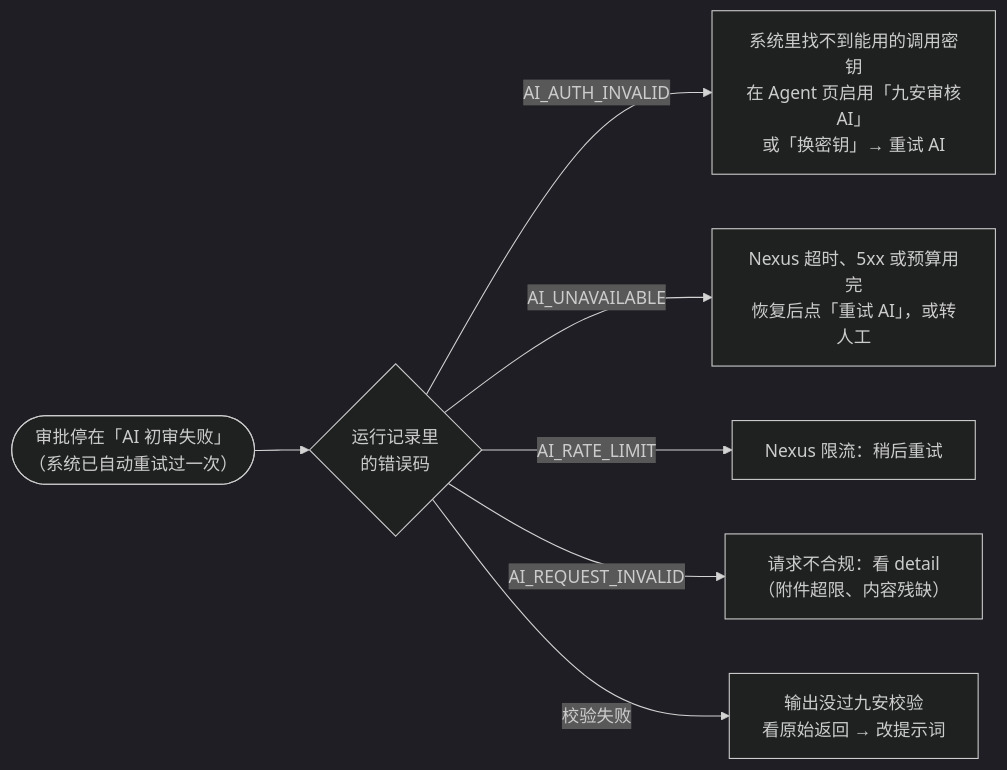
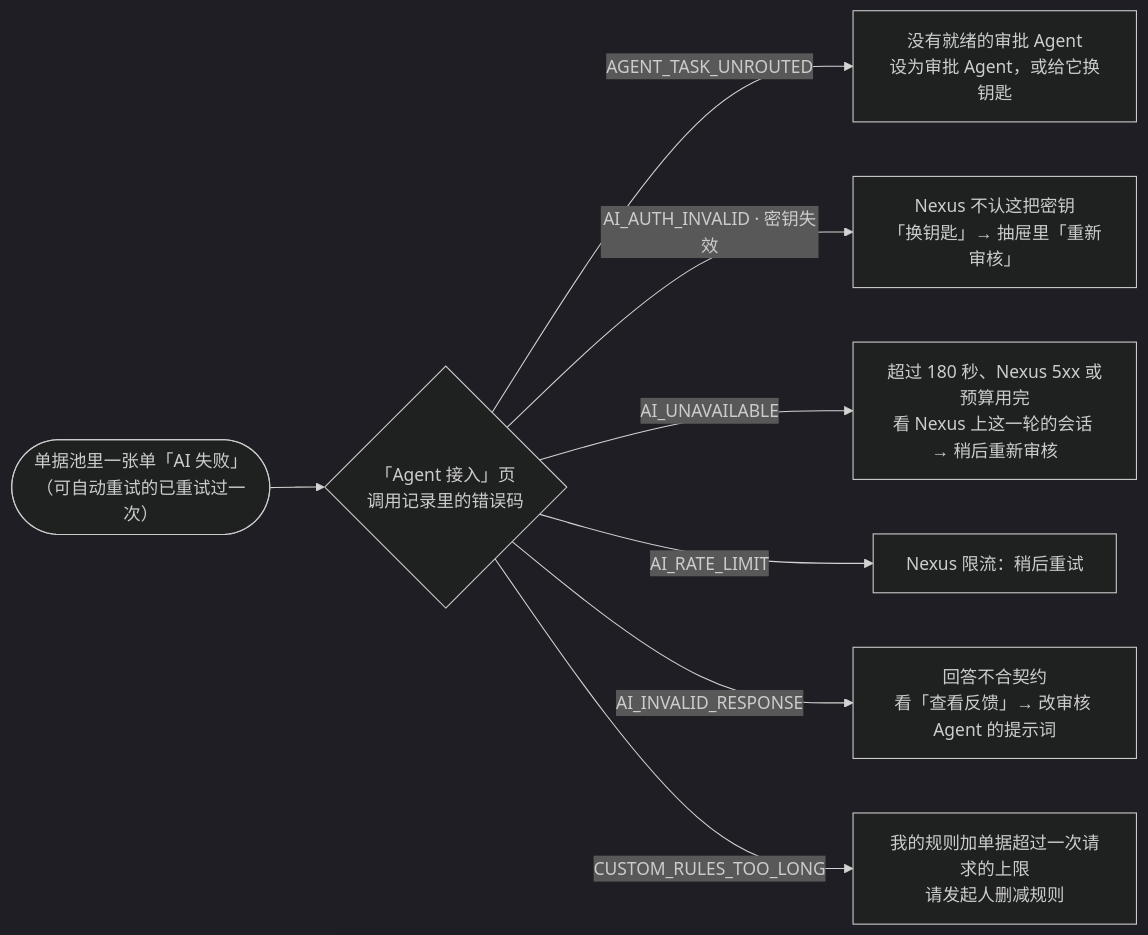
One commit to LiboMa/nexus-jiuan-agent-framework-poc changed the diagram in docs/assets/diagrams/ops-troubleshoot.mmd. Above: the diagram before and after it, drawn with Mermaid (dark theme). The commit also changed 92 other files, not shown here.

```diff
--- a/docs/assets/diagrams/ops-troubleshoot.mmd
+++ b/docs/assets/diagrams/ops-troubleshoot.mmd
@@ -1,11 +1,12 @@
 flowchart LR
-  s(["审批停在「AI 初审失败」<br/>（系统已自动重试过一次）"]) --> code{"运行记录里<br/>的错误码"}
-  code -- AI_AUTH_INVALID --> k["系统里找不到能用的调用密钥<br/>在 Agent 页启用「九安审核AI」<br/>或「换密钥」→ 重试 AI"]
-  code -- AI_UNAVAILABLE --> u["Nexus 超时、5xx 或预算用完<br/>恢复后点「重试 AI」，或转人工"]
+  s(["单据池里一张单「AI 失败」<br/>（可自动重试的已重试过一次）"]) --> code{"「Agent 接入」页<br/>调用记录里的错误码"}
+  code -- AGENT_TASK_UNROUTED --> r["没有就绪的审批 Agent<br/>设为审批 Agent，或给它换钥匙"]
+  code -- "AI_AUTH_INVALID · 密钥失效" --> k["Nexus 不认这把密钥<br/>「换钥匙」→ 抽屉里「重新审核」"]
+  code -- AI_UNAVAILABLE --> u["超过 180 秒、Nexus 5xx 或预算用完<br/>看 Nexus 上这一轮的会话 → 稍后重新审核"]
   code -- AI_RATE_LIMIT --> rl["Nexus 限流：稍后重试"]
-  code -- AI_REQUEST_INVALID --> ri["请求不合规：看 detail<br/>（附件超限、内容残缺）"]
-  code -- 校验失败 --> v["输出没过九安校验<br/>看原始返回 → 改提示词"]
+  code -- AI_INVALID_RESPONSE --> v["回答不合契约<br/>看「查看反馈」→ 改审核 Agent 的提示词"]
+  code -- CUSTOM_RULES_TOO_LONG --> c["我的规则加单据超过一次请求的上限<br/>请发起人删减规则"]
   class s warn
   class code gate
-  class k risk
-  class u,rl,ri,v poc
+  class k,r risk
+  class u,rl,v,c poc
```
